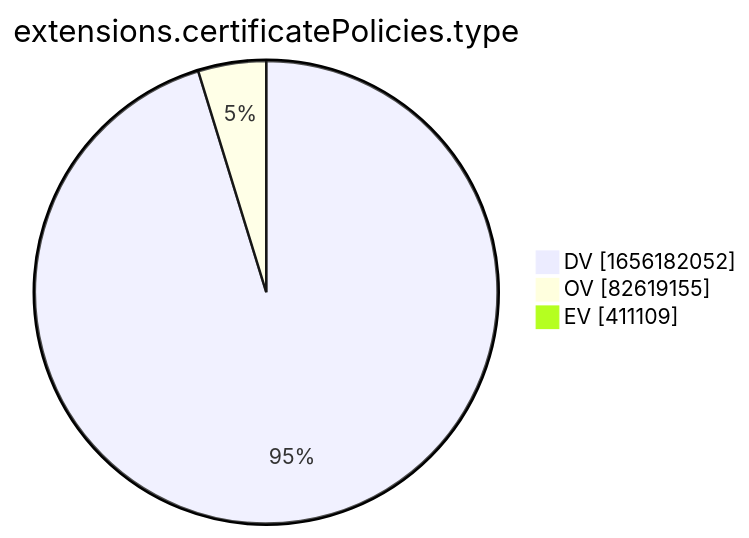
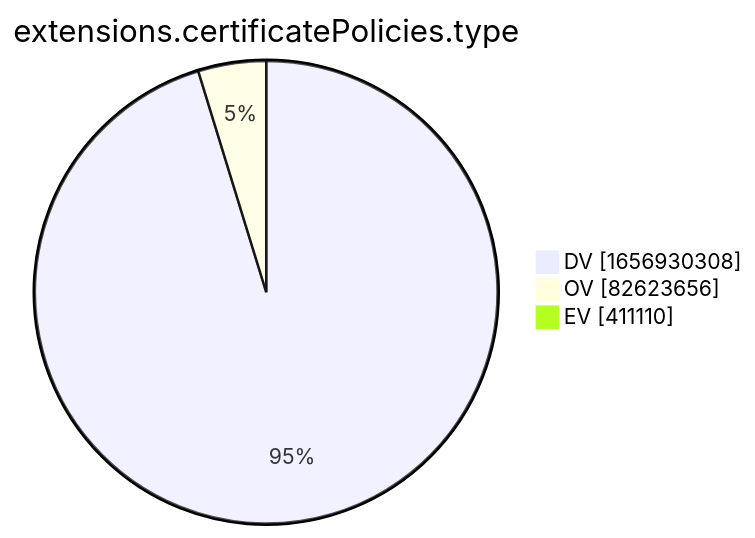
Before and after one commit to christiankrug/ctmonitor_visualization: the tenth of 15 diagrams in xenon2022/README.md, drawn with Mermaid. The commit also changed other lines of this file, not shown here.

````diff
--- a/xenon2022/README.md
+++ b/xenon2022/README.md
@@ -2880,7 +2880,7 @@
 ```mermaid
 pie showData
 title extensions.certificatePolicies.type
-"DV" :1656182052
-"OV" :82619155
-"EV" :411109
+"DV" :1656930308
+"OV" :82623656
+"EV" :411110
 ```
````
